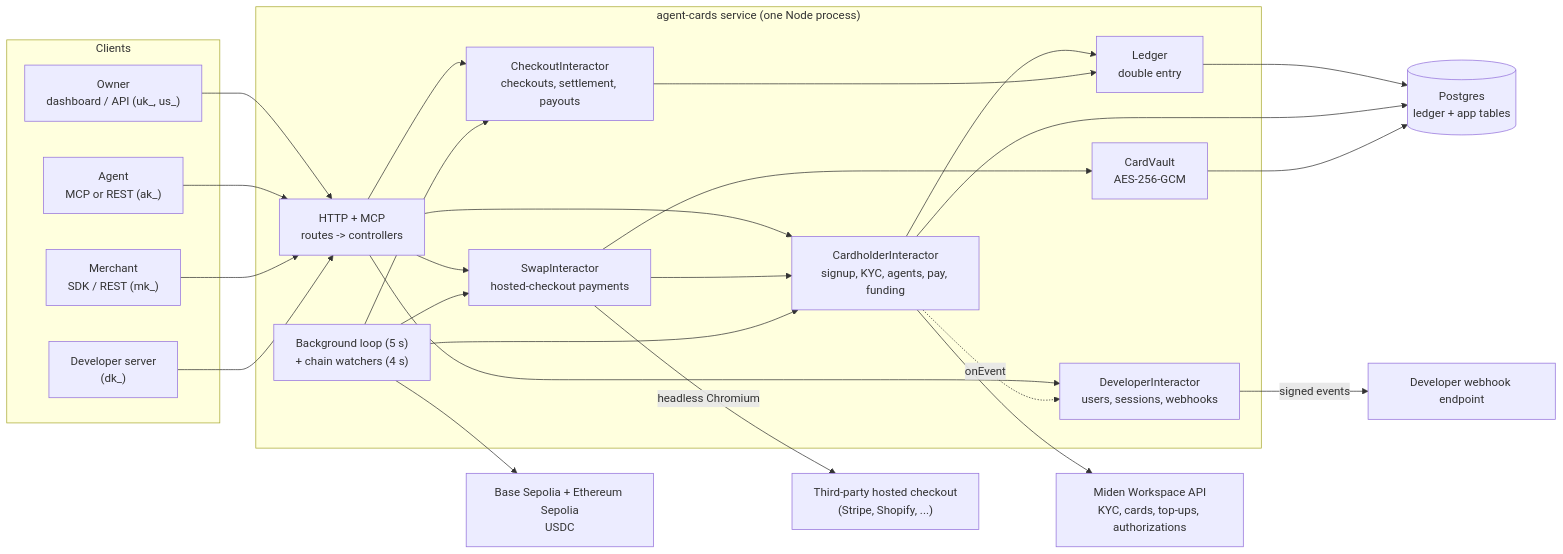
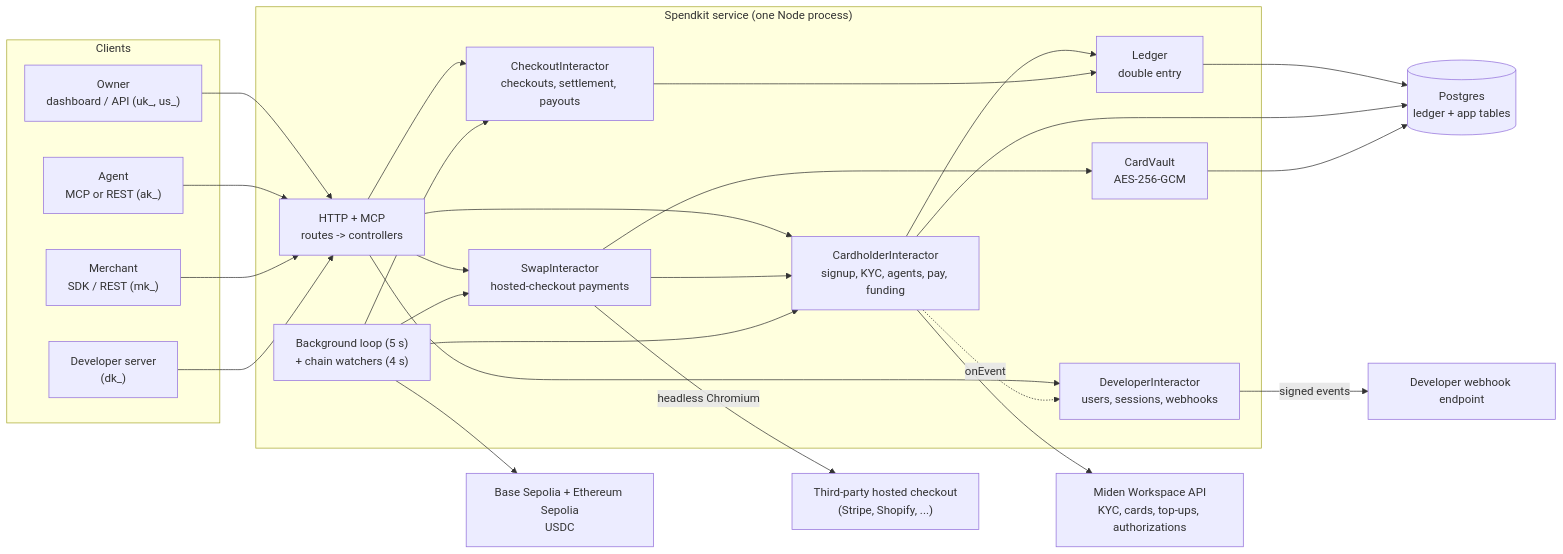
The first of 3 diagrams in docs/architecture.md (Afri-exchange/OpenWallet), drawn with Mermaid before and after one commit. The commit also changed other lines of this file and 13 other files, not shown here.

````diff
--- a/docs/architecture.md
+++ b/docs/architecture.md
@@ -40,50 +40,50 @@
 ```mermaid
 flowchart LR
   subgraph Clients
     Owner["Owner<br/>dashboard / API (uk_, us_)"]
     Agent["Agent<br/>MCP or REST (ak_)"]
     Merchant["Merchant<br/>SDK / REST (mk_)"]
     Dev["Developer server<br/>(dk_)"]
   end
 
-  subgraph Service["agent-cards service (one Node process)"]
+  subgraph Service["Spendkit service (one Node process)"]
     HTTP["HTTP + MCP<br/>routes -> controllers"]
     App["CardholderInteractor<br/>signup, KYC, agents, pay, funding"]
     Checkout["CheckoutInteractor<br/>checkouts, settlement, payouts"]
     Swap["SwapInteractor<br/>hosted-checkout payments"]
     DevSvc["DeveloperInteractor<br/>users, sessions, webhooks"]
     Ledger["Ledger<br/>double entry"]
     Vault["CardVault<br/>AES-256-GCM"]
     BG["Background loop (5 s)<br/>+ chain watchers (4 s)"]
   end
 
   PG[("Postgres<br/>ledger + app tables")]
   Miden["Miden Workspace API<br/>KYC, cards, top-ups, authorizations"]
   Base["Base Sepolia + Ethereum Sepolia<br/>USDC"]
   Page["Third-party hosted checkout<br/>(Stripe, Shopify, ...)"]
   Hook["Developer webhook endpoint"]
 
   Owner --> HTTP
   Agent --> HTTP
   Merchant --> HTTP
   Dev --> HTTP
   HTTP --> App
   HTTP --> Checkout
   HTTP --> Swap
   HTTP --> DevSvc
   App --> Ledger
   Checkout --> Ledger
   Swap --> App
   Swap --> Vault
   App --> Miden
   Swap -->|"headless Chromium"| Page
   BG --> App
   BG --> Checkout
   BG --> Swap
   BG --> Base
   Ledger --> PG
   App --> PG
   Vault --> PG
   DevSvc -->|"signed events"| Hook
   App -.->|"onEvent"| DevSvc
 ```
````
